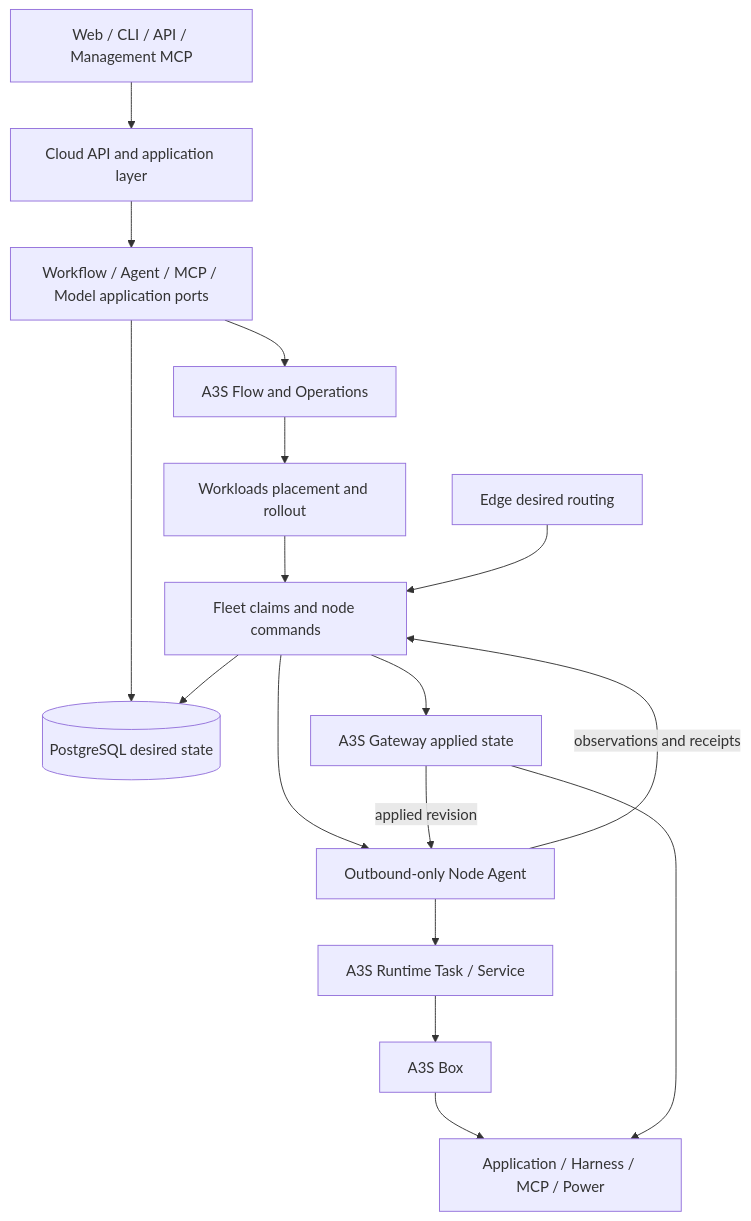
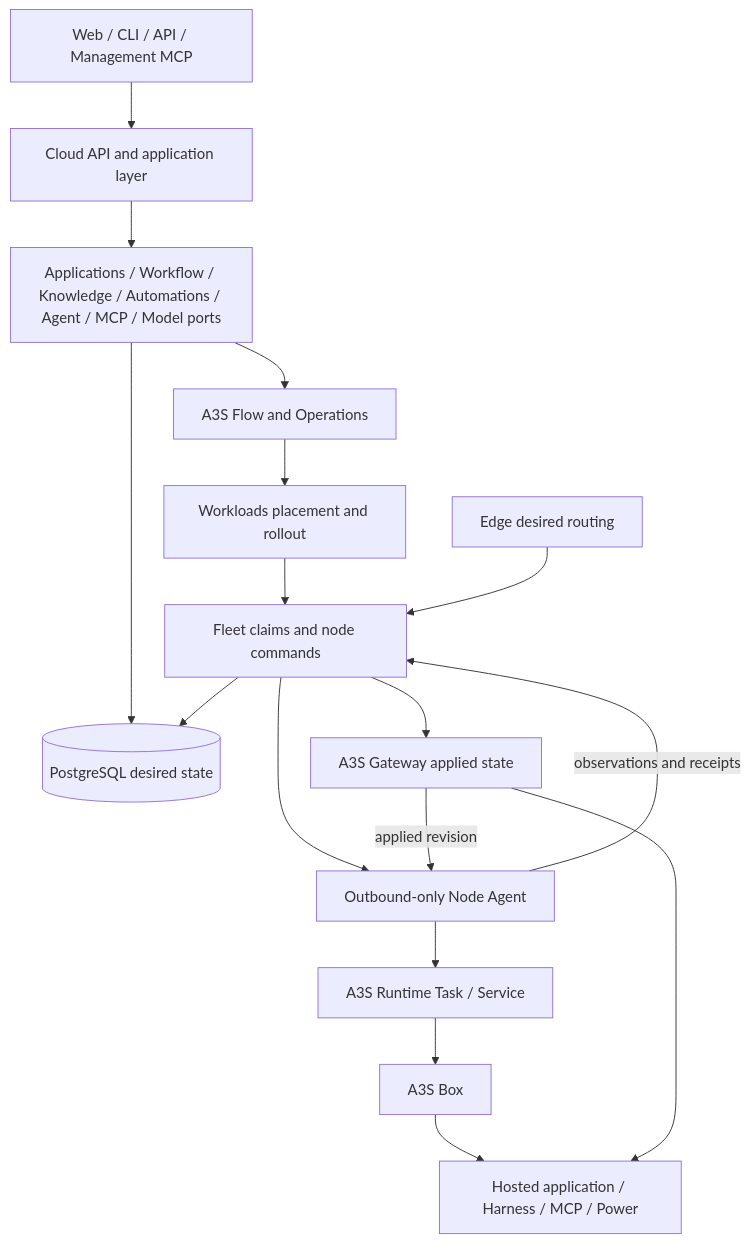
The diagram in docs/architecture.md (A3S-Lab/Cloud), drawn with Mermaid before and after one commit. The commit also changed other lines of this file and 6 other files, not shown here.

````diff
--- a/docs/architecture.md
+++ b/docs/architecture.md
@@ -240,33 +253,33 @@
 ```mermaid
 flowchart TB
     Client[Web / CLI / API / Management MCP]
     API[Cloud API and application layer]
-    Services[Workflow / Agent / MCP / Model application ports]
+    Services[Applications / Workflow / Knowledge / Automations / Agent / MCP / Model ports]
     DB[(PostgreSQL desired state)]
     Flow[A3S Flow and Operations]
     Workloads[Workloads placement and rollout]
     Fleet[Fleet claims and node commands]
     Agent[Outbound-only Node Agent]
     Runtime[A3S Runtime Task / Service]
     Box[A3S Box]
-    Payload[Application / Harness / MCP / Power]
+    Payload[Hosted application / Harness / MCP / Power]
     Edge[Edge desired routing]
     Gateway[A3S Gateway applied state]
 
     Client --> API
     API --> Services
     Services --> DB
     Services --> Flow
     Flow --> Workloads
     Workloads --> Fleet
     Fleet --> Agent
     Agent --> Runtime
     Runtime --> Box
     Box --> Payload
     Edge --> Fleet
     Fleet --> Gateway
     Gateway --> Payload
     Agent -->|observations and receipts| Fleet
     Fleet --> DB
     Gateway -->|applied revision| Agent
 ```
````
